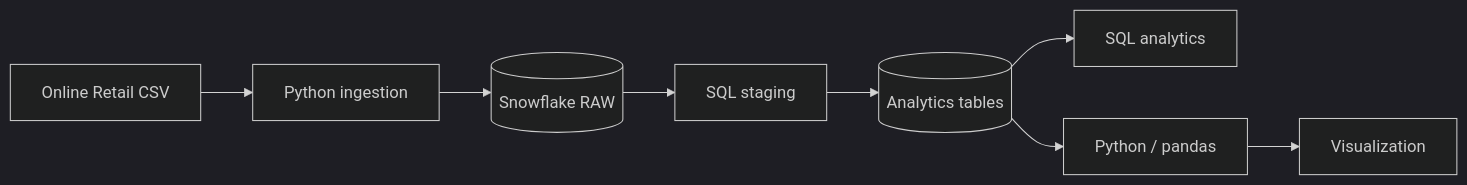
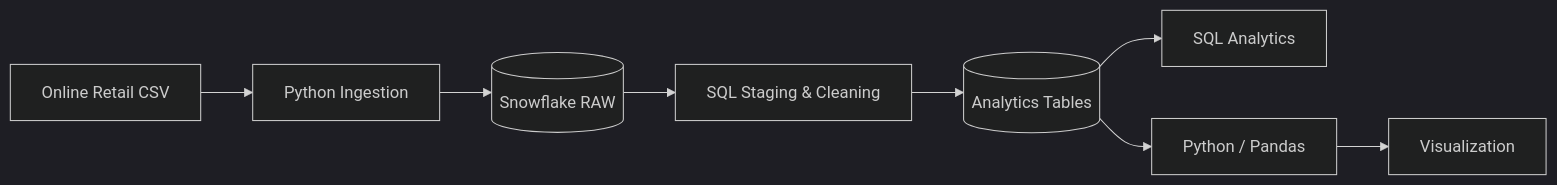
The diagram in README.md (BigDataAISystems/snowflake-retail-analytics-pipeline), drawn with Mermaid (dark theme) before and after one commit. The commit also changed other lines of this file, not shown here.

````diff
--- a/README.md
+++ b/README.md
@@ -9,10 +30,10 @@
 ```mermaid
 flowchart LR
-    A[Online Retail CSV] --> B[Python ingestion]
+    A[Online Retail CSV] --> B[Python Ingestion]
     B --> C[(Snowflake RAW)]
-    C --> D[SQL staging]
-    D --> E[(Analytics tables)]
-    E --> F[SQL analytics]
-    E --> G[Python / pandas]
+    C --> D[SQL Staging & Cleaning]
+    D --> E[(Analytics Tables)]
+    E --> F[SQL Analytics]
+    E --> G[Python / Pandas]
     G --> H[Visualization]
 ```
````
